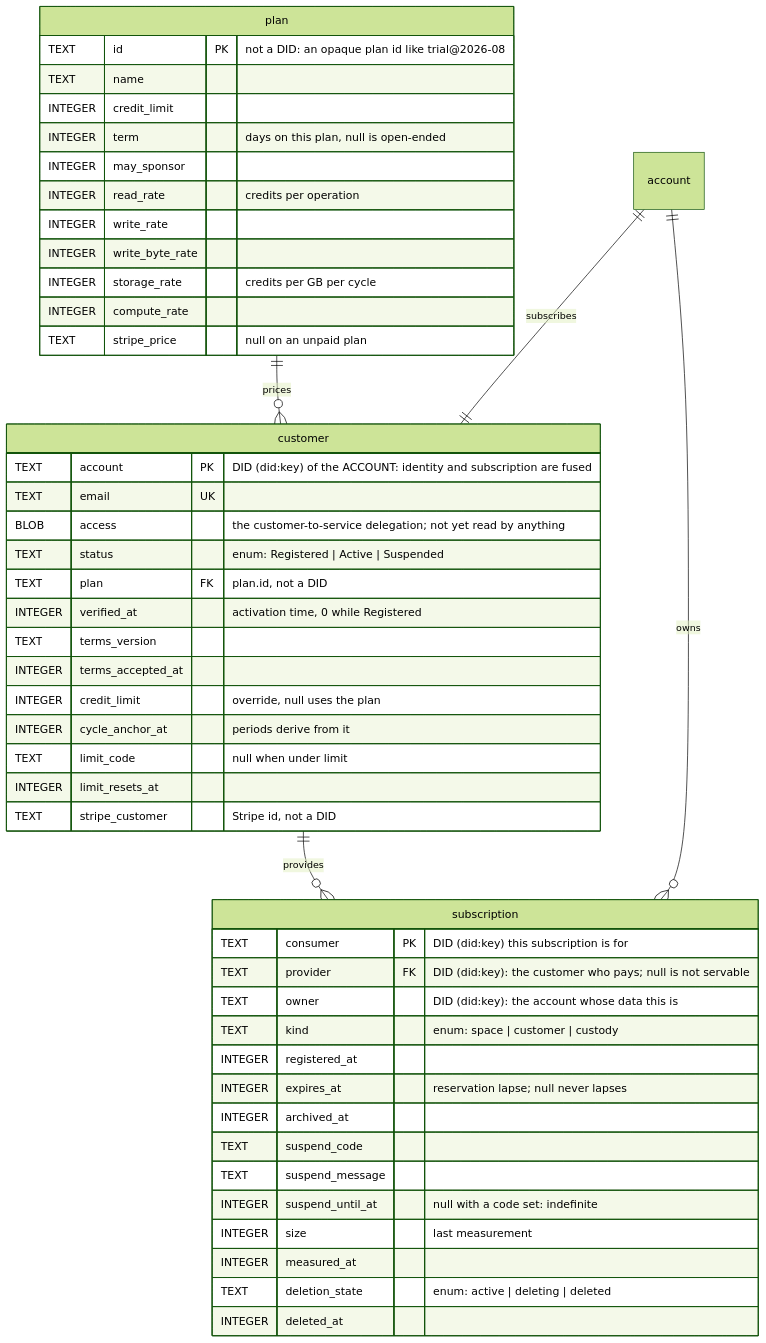
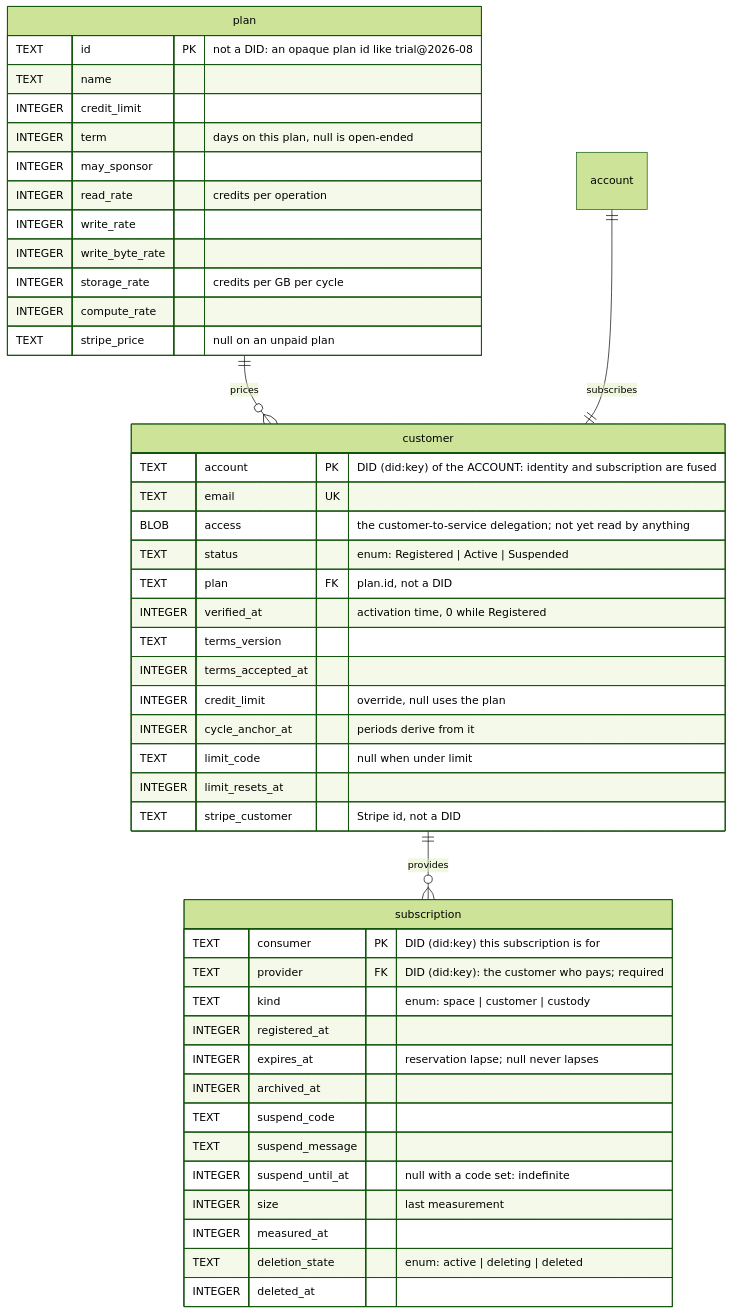
Before and after one commit to tonk-labs/tonk: the first of 3 diagrams in docs/access-control-schema.md, drawn with Mermaid (forest theme). The commit also changed other lines of this file and 8 other files, not shown here.

First line of the commit message:
refactor(access): a subscription always names who pays

````diff
--- a/docs/access-control-schema.md
+++ b/docs/access-control-schema.md
@@ -13,54 +13,52 @@
 ```mermaid
 erDiagram
     plan ||--o{ customer : prices
     account ||--|| customer : subscribes
     customer ||--o{ subscription : provides
-    account ||--o{ subscription : owns
 
     plan {
         TEXT id PK "not a DID: an opaque plan id like trial@2026-08"
         TEXT name
         INTEGER credit_limit
         INTEGER term "days on this plan, null is open-ended"
         INTEGER may_sponsor
         INTEGER read_rate "credits per operation"
         INTEGER write_rate
         INTEGER write_byte_rate
         INTEGER storage_rate "credits per GB per cycle"
         INTEGER compute_rate
         TEXT stripe_price "null on an unpaid plan"
     }
 
     customer {
         TEXT account PK "DID (did:key) of the ACCOUNT: identity and subscription are fused"
         TEXT email UK
         BLOB access "the customer-to-service delegation; not yet read by anything"
         TEXT status "enum: Registered | Active | Suspended"
         TEXT plan FK "plan.id, not a DID"
         INTEGER verified_at "activation time, 0 while Registered"
         TEXT terms_version
         INTEGER terms_accepted_at
         INTEGER credit_limit "override, null uses the plan"
         INTEGER cycle_anchor_at "periods derive from it"
         TEXT limit_code "null when under limit"
         INTEGER limit_resets_at
         TEXT stripe_customer "Stripe id, not a DID"
     }
 
     subscription {
         TEXT consumer PK "DID (did:key) this subscription is for"
-        TEXT provider FK "DID (did:key): the customer who pays; null is not servable"
-        TEXT owner "DID (did:key): the account whose data this is"
+        TEXT provider FK "DID (did:key): the customer who pays; required"
         TEXT kind "enum: space | customer | custody"
         INTEGER registered_at
         INTEGER expires_at "reservation lapse; null never lapses"
         INTEGER archived_at
         TEXT suspend_code
         TEXT suspend_message
         INTEGER suspend_until_at "null with a code set: indefinite"
         INTEGER size "last measurement"
         INTEGER measured_at
         TEXT deletion_state "enum: active | deleting | deleted"
         INTEGER deleted_at
     }
 ```
````
